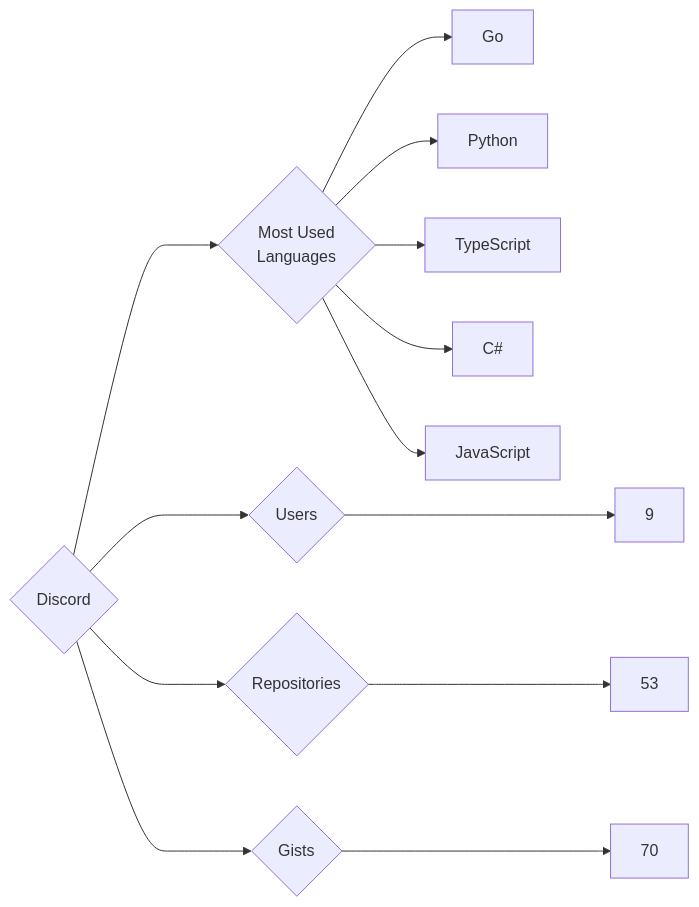
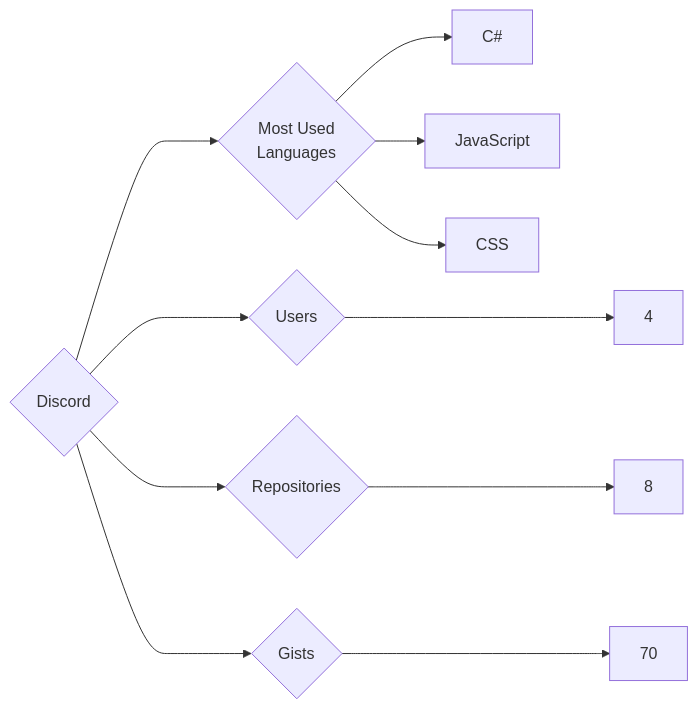
The diagram in targets/Discord/README.md (trickest/insiders), drawn with Mermaid before and after one commit. The commit also changed 880 other files, not shown here.

````diff
--- a/targets/Discord/README.md
+++ b/targets/Discord/README.md
@@ -3,13 +3,11 @@
 ```mermaid
 graph LR
 COMPANY_NAME{Discord}
-COMPANY_NAME ---> U{Users} ---> UN[9]
-COMPANY_NAME ---> R{Repositories} ---> RN[53]
+COMPANY_NAME ---> U{Users} ---> UN[4]
+COMPANY_NAME ---> R{Repositories} ---> RN[8]
 COMPANY_NAME ---> G{Gists} ---> GN[70]
 COMPANY_NAME ---> ML{Most Used<br>Languages}
-ML --> Go[Go]
-ML --> Python[Python]
-ML --> TypeScript[TypeScript]
 ML --> C#[C#]
 ML --> JavaScript[JavaScript]
+ML --> CSS[CSS]
 ```
````
